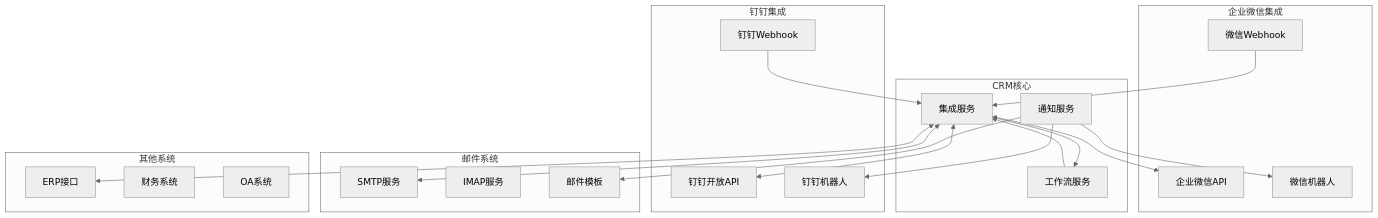
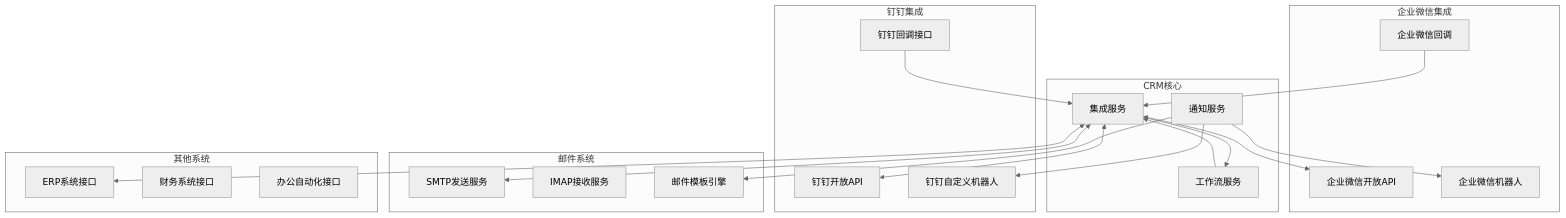
One commit to zavierd/ZHCRM changed the diagram in diagrams/third-party-integration.mmd. Above: the diagram before and after it, drawn with Mermaid (neutral theme). The commit also changed 5 other files, not shown here.

First line of the commit message:
feat: 全面中文化所有架构图表

```diff
--- a/diagrams/third-party-integration.mmd
+++ b/diagrams/third-party-integration.mmd
@@ -1,49 +1,49 @@
 graph TB
     subgraph "CRM核心"
         INTEGRATION_SVC[集成服务]
         NOTIFICATION_SVC[通知服务]
         WORKFLOW_SVC[工作流服务]
     end
-    
+
     subgraph "企业微信集成"
-        WECHAT_API[企业微信API]
-        WECHAT_WEBHOOK[微信Webhook]
-        WECHAT_BOT[微信机器人]
+        WECHAT_API[企业微信开放API]
+        WECHAT_WEBHOOK[企业微信回调]
+        WECHAT_BOT[企业微信机器人]
     end
-    
+
     subgraph "钉钉集成"
         DINGTALK_API[钉钉开放API]
-        DINGTALK_WEBHOOK[钉钉Webhook]
-        DINGTALK_BOT[钉钉机器人]
+        DINGTALK_WEBHOOK[钉钉回调接口]
+        DINGTALK_BOT[钉钉自定义机器人]
     end
-    
+
     subgraph "邮件系统"
-        SMTP[SMTP服务]
-        IMAP[IMAP服务]
-        EMAIL_TEMPLATE[邮件模板]
+        SMTP[SMTP发送服务]
+        IMAP[IMAP接收服务]
+        EMAIL_TEMPLATE[邮件模板引擎]
     end
-    
+
     subgraph "其他系统"
-        ERP_API[ERP接口]
-        FINANCE_API[财务系统]
-        OA_API[OA系统]
+        ERP_API[ERP系统接口]
+        FINANCE_API[财务系统接口]
+        OA_API[办公自动化接口]
     end
-    
+
     %% 双向集成流
     INTEGRATION_SVC <--> WECHAT_API
     INTEGRATION_SVC <--> DINGTALK_API
     INTEGRATION_SVC <--> SMTP
     INTEGRATION_SVC <--> ERP_API
-    
+
     %% Webhook接收
     WECHAT_WEBHOOK --> INTEGRATION_SVC
     DINGTALK_WEBHOOK --> INTEGRATION_SVC
-    
+
     %% 通知分发
     NOTIFICATION_SVC --> WECHAT_BOT
     NOTIFICATION_SVC --> DINGTALK_BOT
     NOTIFICATION_SVC --> EMAIL_TEMPLATE
-    
+
     %% 工作流触发
     WORKFLOW_SVC --> INTEGRATION_SVC
     INTEGRATION_SVC --> WORKFLOW_SVC
```
